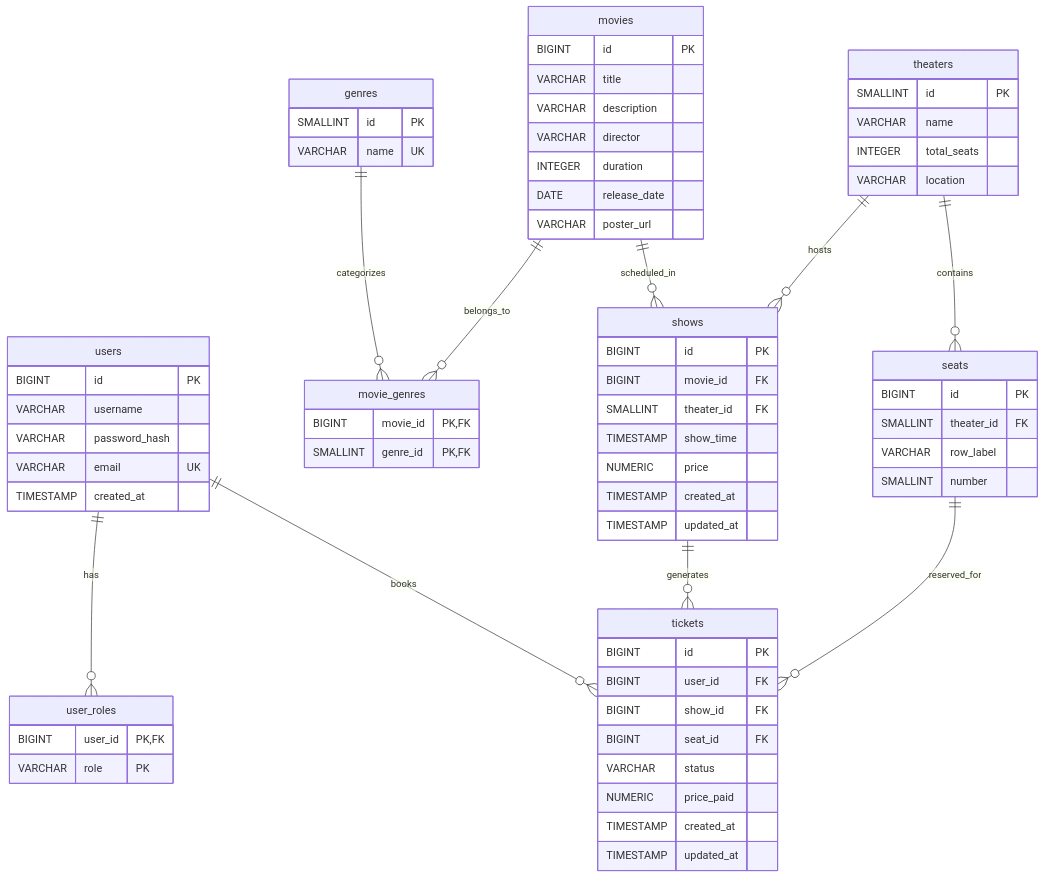
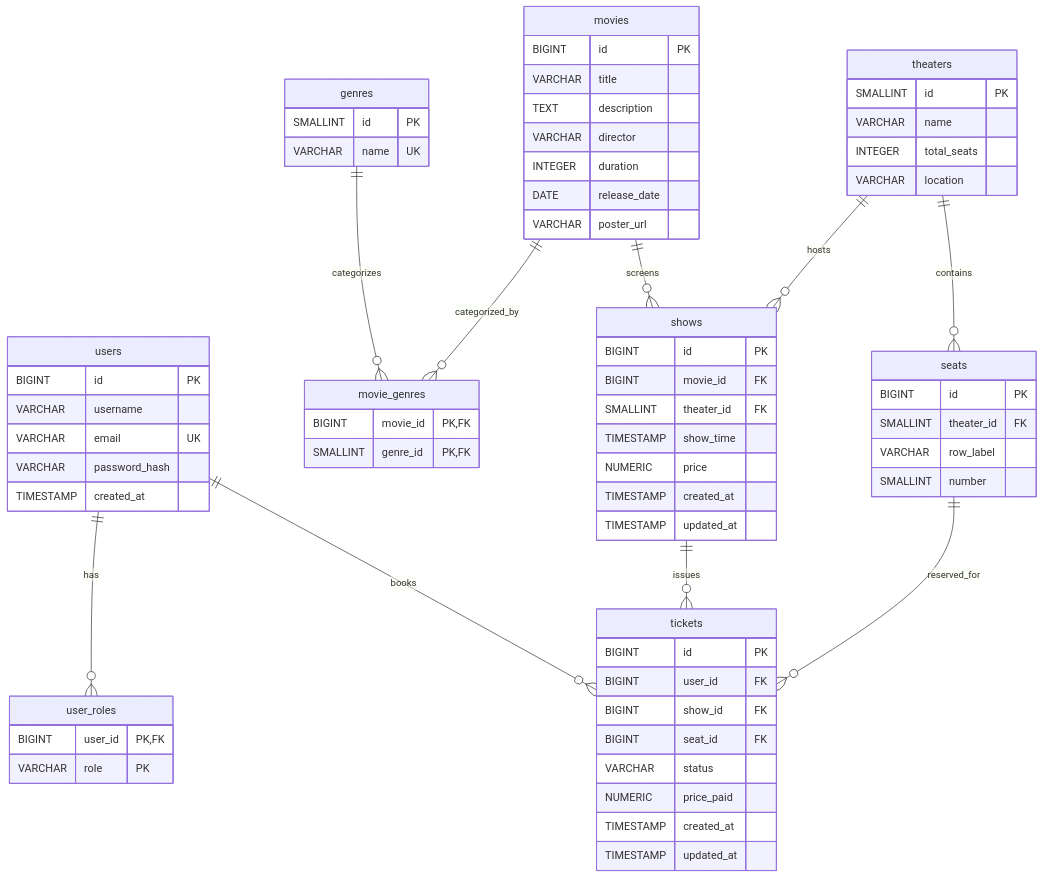
One commit to Diaajamal/movie-reservation-system changed the diagram in README.md. Above: the diagram before and after it, drawn with Mermaid. The commit also changed other lines of this file, not shown here.

````diff
--- a/README.md
+++ b/README.md
@@ -38,50 +96,43 @@
     users {
         BIGINT id PK
         VARCHAR username
+        VARCHAR email UK
         VARCHAR password_hash
-        VARCHAR email UK
         TIMESTAMP created_at
     }
-    
     user_roles {
         BIGINT user_id PK,FK
         VARCHAR role PK
     }
-    
     genres {
         SMALLINT id PK
         VARCHAR name UK
     }
-    
     movies {
         BIGINT id PK
         VARCHAR title
-        VARCHAR description
+        TEXT description
         VARCHAR director
         INTEGER duration
         DATE release_date
         VARCHAR poster_url
     }
-    
     movie_genres {
         BIGINT movie_id PK,FK
         SMALLINT genre_id PK,FK
     }
-    
     theaters {
         SMALLINT id PK
         VARCHAR name
         INTEGER total_seats
         VARCHAR location
     }
-    
     seats {
         BIGINT id PK
         SMALLINT theater_id FK
         VARCHAR row_label
         SMALLINT number
     }
-    
     shows {
         BIGINT id PK
         BIGINT movie_id FK
@@ -91,7 +142,6 @@
         TIMESTAMP created_at
         TIMESTAMP updated_at
     }
-    
     tickets {
         BIGINT id PK
         BIGINT user_id FK
@@ -103,17 +153,13 @@
         TIMESTAMP updated_at
     }
 
-    %% Relationships
     users ||--o{ user_roles : has
-    users ||--o{ tickets : books
-    
+    users ||--o{ tickets    : books
     genres ||--o{ movie_genres : categorizes
-    movies ||--o{ movie_genres : belongs_to
-    movies ||--o{ shows : scheduled_in
-    
-    theaters ||--o{ seats : contains
-    theaters ||--o{ shows : hosts
-    
-    shows ||--o{ tickets : generates
-    seats ||--o{ tickets : reserved_for
+    movies ||--o{ movie_genres : categorized_by
+    movies ||--o{ shows       : screens
+    theaters ||--o{ seats     : contains
+    theaters ||--o{ shows     : hosts
+    shows    ||--o{ tickets   : issues
+    seats    ||--o{ tickets   : reserved_for
 ```
````
